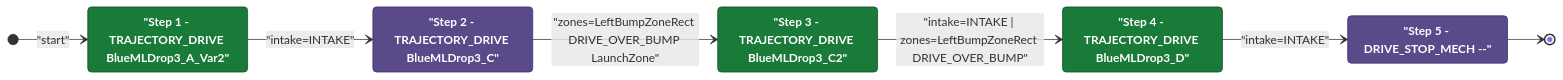
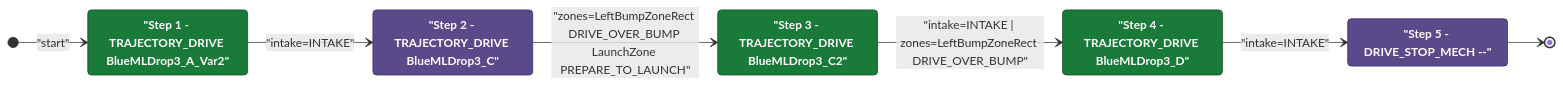
One commit to Team302/2026Rebuilt changed the diagram in documents/auton/BlueBDepKeep3DepNOutScoreNCliInvert.md. Above: the diagram before and after it, drawn with Mermaid. The commit also changed other lines of this file and 66 other files, not shown here.

First line of the commit message:
docs(auton): regenerate Mermaid diagrams [skip ci]

````diff
--- a/documents/auton/BlueBDepKeep3DepNOutScoreNCliInvert.md
+++ b/documents/auton/BlueBDepKeep3DepNOutScoreNCliInvert.md
@@ -8,27 +8,27 @@
 ```mermaid
 stateDiagram-v2
     direction LR
 
     %% Green = intake active, Purple = intake off
     classDef intake  fill:#1a7a3a,color:#ffffff,stroke:#0d4a1f,font-weight:bold
     classDef noIntake fill:#5a4a8a,color:#ffffff,stroke:#3a2a6a,font-weight:bold
 
     Step1 : "Step 1 - TRAJECTORY_DRIVE BlueMLDrop3_A_Var2"
     Step2 : "Step 2 - TRAJECTORY_DRIVE BlueMLDrop3_C"
     Step3 : "Step 3 - TRAJECTORY_DRIVE BlueMLDrop3_C2"
     Step4 : "Step 4 - TRAJECTORY_DRIVE BlueMLDrop3_D"
     Step5 : "Step 5 - DRIVE_STOP_MECH --"
 
     class Step1 intake
     class Step2 noIntake
     class Step3 intake
     class Step4 intake
     class Step5 noIntake
 
     [*] --> Step1 : "start"
     Step1 --> Step2: "intake=INTAKE"
-    Step2 --> Step3: "zones=LeftBumpZoneRect DRIVE_OVER_BUMP LaunchZone"
+    Step2 --> Step3: "zones=LeftBumpZoneRect DRIVE_OVER_BUMP LaunchZone PREPARE_TO_LAUNCH"
     Step3 --> Step4: "intake=INTAKE | zones=LeftBumpZoneRect DRIVE_OVER_BUMP"
     Step4 --> Step5: "intake=INTAKE"
     Step5 --> [*]
 ```
````
